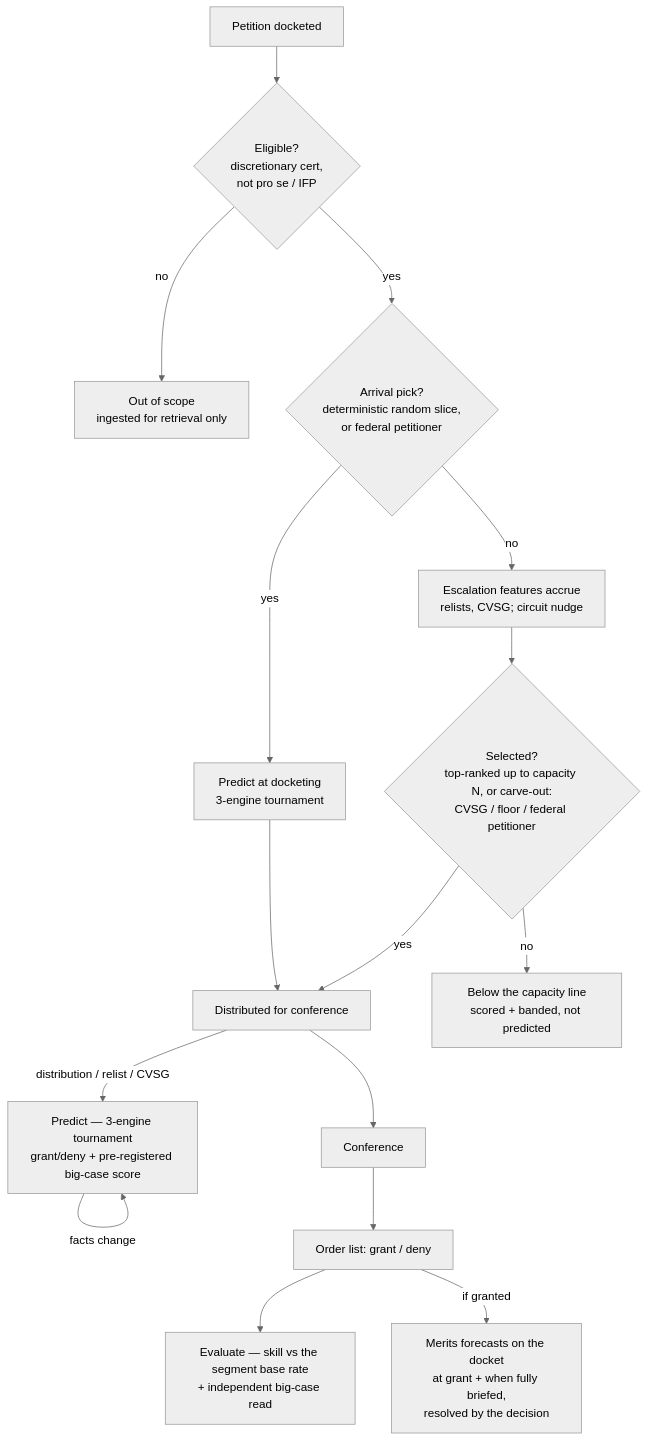
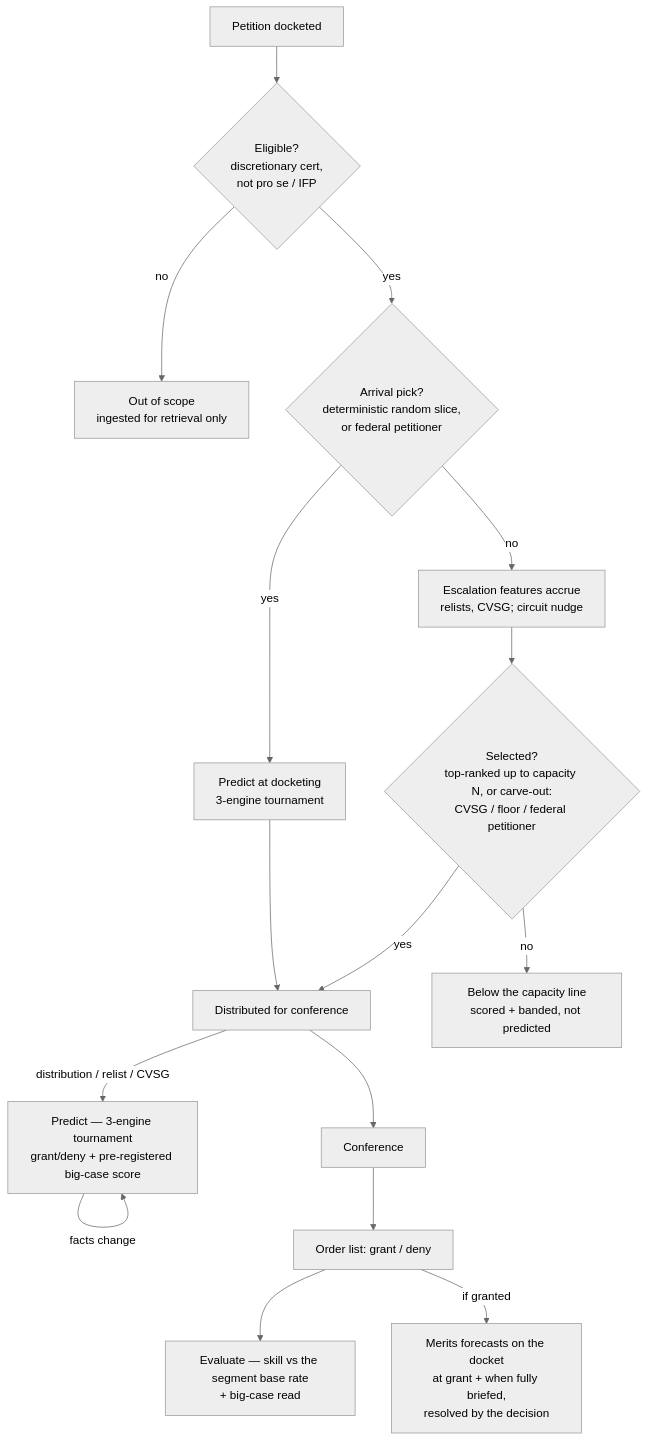
Before and after one commit to ModelMirrorAI/fedcourtsai: the diagram in README.md, drawn with Mermaid (neutral theme). The commit also changed 3 other files, not shown here.

First line of the commit message:
docs(metrics): caveat the big_case agreement — judges see the score they are compared against

````diff
--- a/README.md
+++ b/README.md
@@ -193,18 +193,18 @@
 ```mermaid
 flowchart TD
   A[Petition docketed] --> B{Eligible?<br/>discretionary cert,<br/>not pro se / IFP}
   B -- no --> X[Out of scope<br/>ingested for retrieval only]
   B -- yes --> C{Arrival pick?<br/>deterministic random slice,<br/>or federal petitioner}
   C -- yes --> P[Predict at docketing<br/>3-engine tournament]
   P --> E
   C -- no --> D[Escalation features accrue<br/>relists, CVSG; circuit nudge]
   D --> S{Selected?<br/>top-ranked up to capacity N, or carve-out:<br/>CVSG / floor / federal petitioner}
   S -- no --> Y[Below the capacity line<br/>scored + banded, not predicted]
   S -- yes --> E[Distributed for conference]
   E -->|distribution / relist / CVSG| F[Predict — 3-engine tournament<br/>grant/deny + pre-registered big-case score]
   F -->|facts change| F
   E --> G[Conference]
   G --> H[Order list: grant / deny]
-  H --> I[Evaluate — skill vs the segment base rate<br/>+ independent big-case read]
+  H --> I[Evaluate — skill vs the segment base rate<br/>+ big-case read]
   H -->|if granted| J[Merits forecasts on the docket<br/>at grant + when fully briefed,<br/>resolved by the decision]
 ```
````
